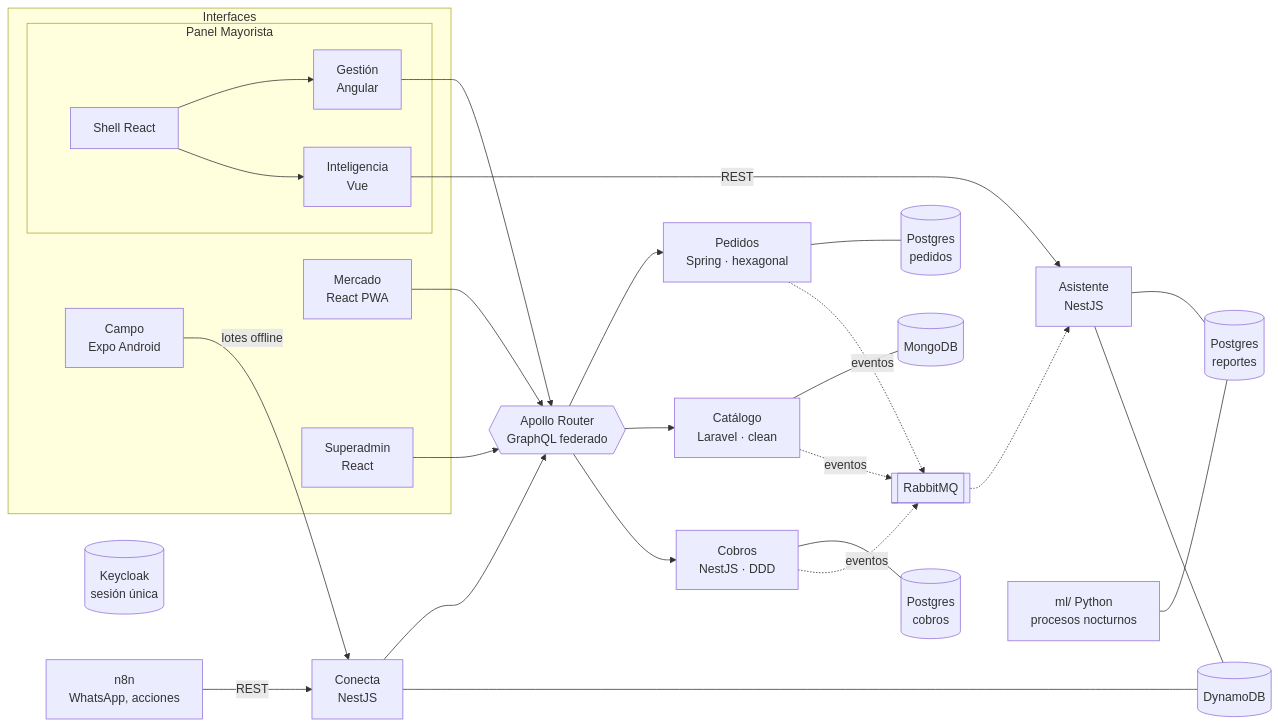
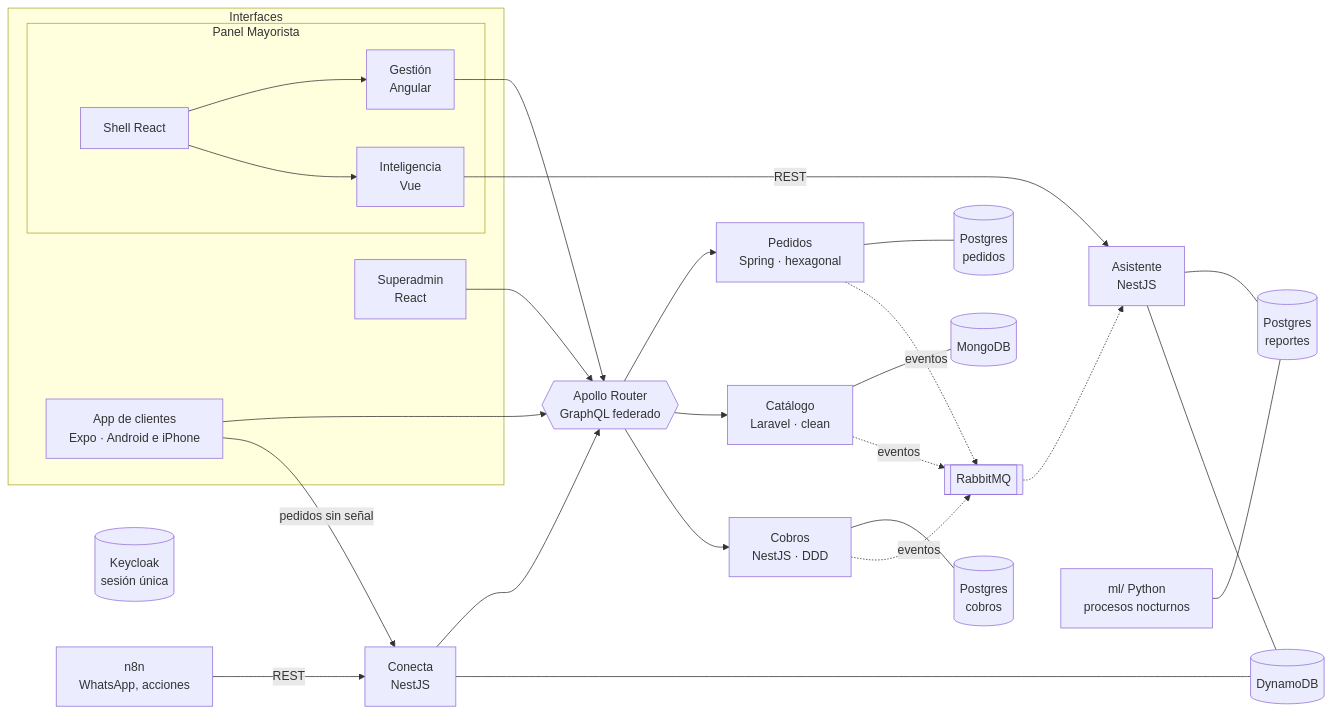
One commit to AndyQdev/abasto changed the first of 2 diagrams in docs/arquitectura.md. Above: the diagram before and after it, drawn with Mermaid. The commit also changed 3 other files, not shown here.

Commit message:
docs: la app de clientes es el centro; Abasto gestiona desde la web

````diff
--- a/docs/arquitectura.md
+++ b/docs/arquitectura.md
@@ -3,37 +3,36 @@
 ```mermaid
 flowchart LR
   subgraph Interfaces
-    M[Mercado<br/>React PWA]
+    A[App de clientes<br/>Expo · Android e iPhone]
     subgraph Panel[Panel Mayorista]
       S[Shell React] --> G[Gestión<br/>Angular]
       S --> I[Inteligencia<br/>Vue]
     end
     SA[Superadmin<br/>React]
-    C[Campo<br/>Expo Android]
   end
 
   KC[(Keycloak<br/>sesión única)]
   R{{Apollo Router<br/>GraphQL federado}}
 
-  M & G & SA --> R
+  A & G & SA --> R
   I -->|REST| AS
-  C -->|lotes offline| CO
+  A -->|pedidos sin señal| CO
   N8N[n8n<br/>WhatsApp, acciones] -->|REST| CO
 
   R --> P[Pedidos<br/>Spring · hexagonal]
   R --> CA[Catálogo<br/>Laravel · clean]
   R --> CB[Cobros<br/>NestJS · DDD]
   CO[Conecta<br/>NestJS] --> R
   AS[Asistente<br/>NestJS]
 
   P --- PG1[(Postgres<br/>pedidos)]
   CB --- PG2[(Postgres<br/>cobros)]
   CA --- MG[(MongoDB)]
   CO --- DY[(DynamoDB)]
   AS --- PG3[(Postgres<br/>reportes)]
   AS --- DY
   ML[ml/ Python<br/>procesos nocturnos] --- PG3
 
   P & CA & CB -.eventos.-> MQ[[RabbitMQ]]
   MQ -.-> AS
 ```
````
